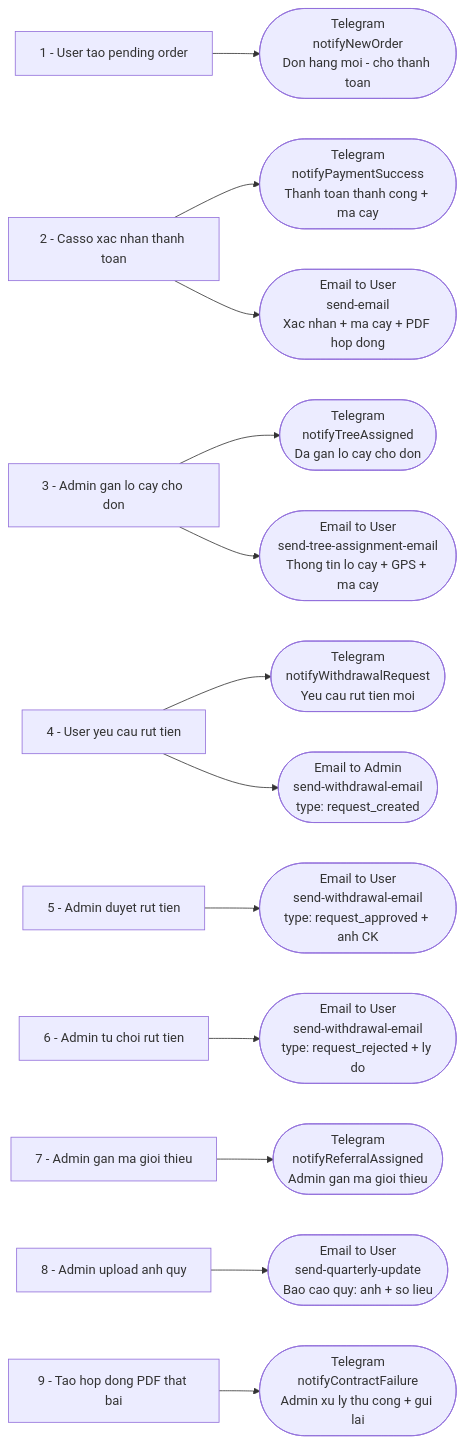
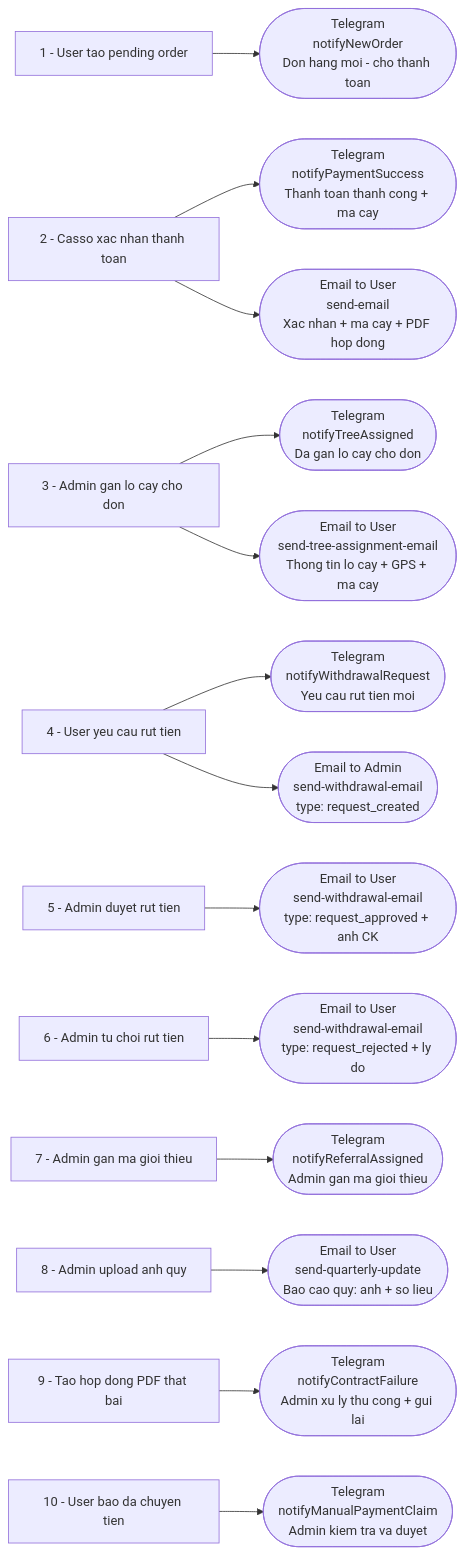
Before and after one commit to deptrai/dainganxanh: the ninth of 9 diagrams in docs/userflow.md, drawn with Mermaid. The commit also changed other lines of this file and 9 other files, not shown here.

First line of the commit message:
feat: manual payment claim flow with waiting page and identity auto-fill

````diff
--- a/docs/userflow.md
+++ b/docs/userflow.md
@@ -295,32 +324,34 @@
 ```mermaid
 flowchart LR
     EV1[1 - User tao pending order]
     EV2[2 - Casso xac nhan thanh toan]
     EV3[3 - Admin gan lo cay cho don]
     EV4[4 - User yeu cau rut tien]
     EV5[5 - Admin duyet rut tien]
     EV6[6 - Admin tu choi rut tien]
     EV7[7 - Admin gan ma gioi thieu]
     EV8[8 - Admin upload anh quy]
 
     EV1 --> T1([Telegram<br>notifyNewOrder<br>Don hang moi - cho thanh toan])
 
     EV2 --> T2([Telegram<br>notifyPaymentSuccess<br>Thanh toan thanh cong + ma cay])
     EV2 --> E1([Email to User<br>send-email<br>Xac nhan + ma cay + PDF hop dong])
 
     EV3 --> T3([Telegram<br>notifyTreeAssigned<br>Da gan lo cay cho don])
     EV3 --> E2([Email to User<br>send-tree-assignment-email<br>Thong tin lo cay + GPS + ma cay])
 
     EV4 --> T4([Telegram<br>notifyWithdrawalRequest<br>Yeu cau rut tien moi])
     EV4 --> E3([Email to Admin<br>send-withdrawal-email<br>type: request_created])
 
     EV5 --> E4([Email to User<br>send-withdrawal-email<br>type: request_approved + anh CK])
 
     EV6 --> E5([Email to User<br>send-withdrawal-email<br>type: request_rejected + ly do])
 
     EV7 --> T5([Telegram<br>notifyReferralAssigned<br>Admin gan ma gioi thieu])
 
     EV8 --> E6([Email to User<br>send-quarterly-update<br>Bao cao quy: anh + so lieu])
 
     EV9[9 - Tao hop dong PDF that bai] --> T6([Telegram<br>notifyContractFailure<br>Admin xu ly thu cong + gui lai])
+
+    EV10[10 - User bao da chuyen tien] --> T7([Telegram<br>notifyManualPaymentClaim<br>Admin kiem tra va duyet])
 ```
````
